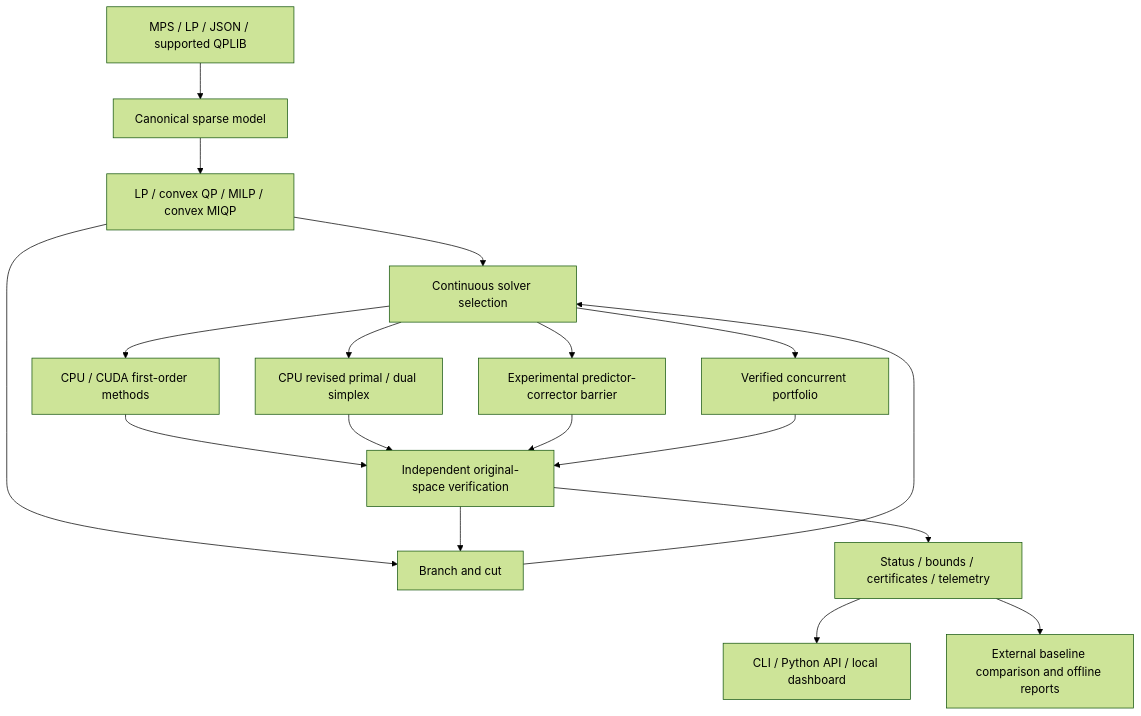
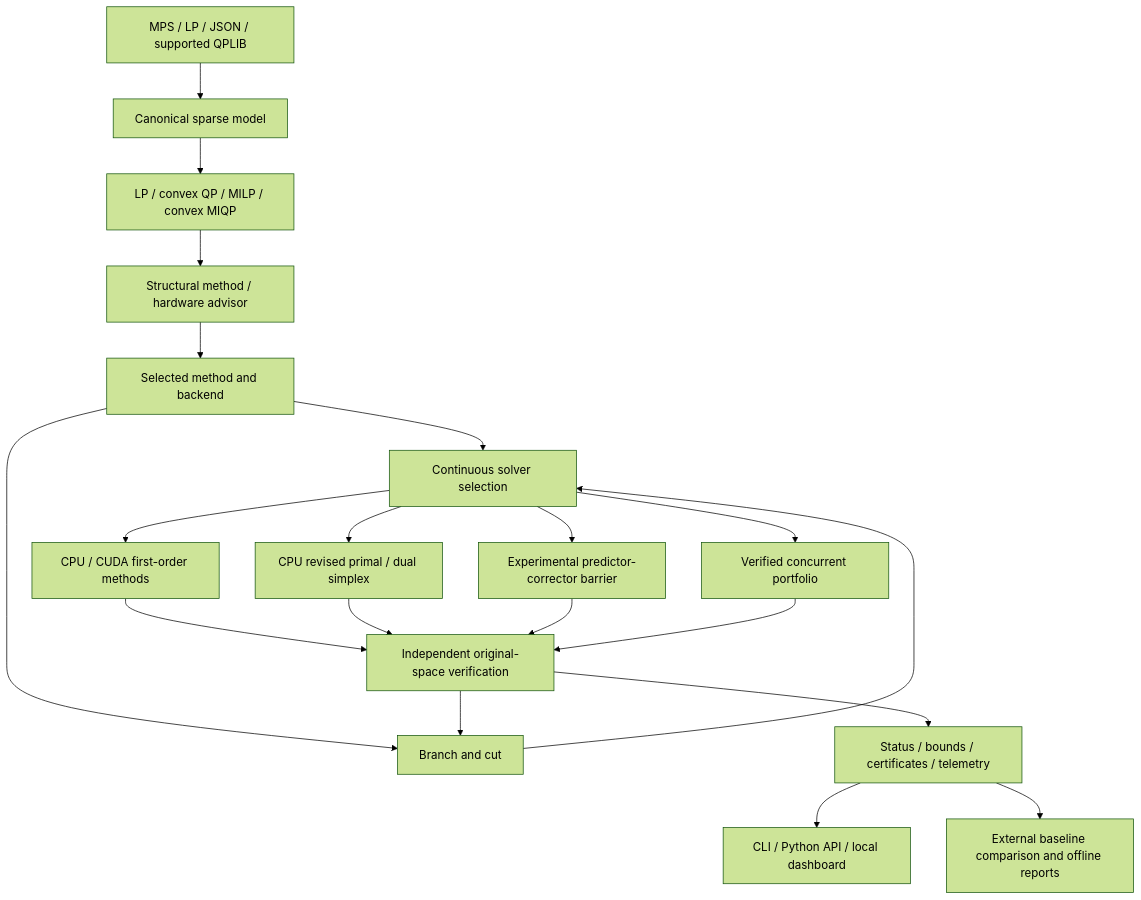
One commit to Team-ASHTOJ/Niryukti changed the diagram in docs/architecture.md. Above: the diagram before and after it, drawn with Mermaid (forest theme). The commit also changed other lines of this file and 16 other files, not shown here.

````diff
--- a/docs/architecture.md
+++ b/docs/architecture.md
@@ -5,20 +5,22 @@
 ```mermaid
 flowchart TD
     Input[MPS / LP / JSON / supported QPLIB] --> Model[Canonical sparse model]
     Model --> Classify[LP / convex QP / MILP / convex MIQP]
-    Classify --> Continuous[Continuous solver selection]
-    Classify --> Integer[Branch and cut]
+    Classify --> Advisor[Structural method / hardware advisor]
+    Advisor --> Configure[Selected method and backend]
+    Configure --> Continuous[Continuous solver selection]
+    Configure --> Integer[Branch and cut]
     Integer --> Continuous
     Continuous --> FOM[CPU / CUDA first-order methods]
     Continuous --> Simplex[CPU revised primal / dual simplex]
     Continuous --> Barrier[Experimental predictor-corrector barrier]
     Continuous --> Portfolio[Verified concurrent portfolio]
     FOM --> Verify[Independent original-space verification]
     Simplex --> Verify
     Barrier --> Verify
     Portfolio --> Verify
     Verify --> Integer
     Verify --> Result[Status / bounds / certificates / telemetry]
     Result --> Platform[CLI / Python API / local dashboard]
     Result --> Bench[External baseline comparison and offline reports]
 ```
````
